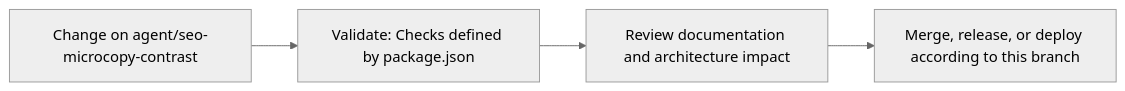
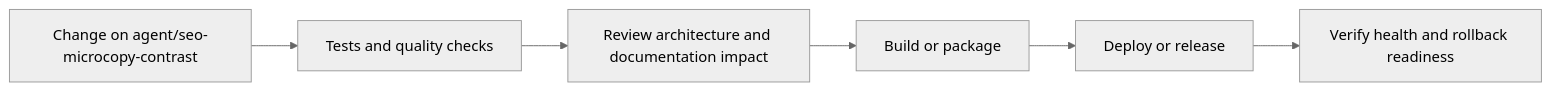
One commit to Nischhalsubba/rismfp-ui changed the fourth of 5 diagrams in README.md. Above: the diagram before and after it, drawn with Mermaid (neutral theme). The commit also changed other lines of this file, not shown here.

````diff
--- a/README.md
+++ b/README.md
@@ -71,8 +137,8 @@
 ```mermaid
 flowchart LR
-    CHANGE["Change on agent/seo-microcopy-contrast"]
-    CHECK["Validate: Checks defined by package.json"]
-    REVIEW["Review documentation and architecture impact"]
-    RELEASE["Merge, release, or deploy according to this branch"]
-    CHANGE --> CHECK --> REVIEW --> RELEASE
+    CHANGE["Change on agent/seo-microcopy-contrast"] --> CHECK["Tests and quality checks"]
+    CHECK --> REVIEW["Review architecture and documentation impact"]
+    REVIEW --> BUILD["Build or package"]
+    BUILD --> DEPLOY["Deploy or release"]
+    DEPLOY --> VERIFY["Verify health and rollback readiness"]
 ```
````
